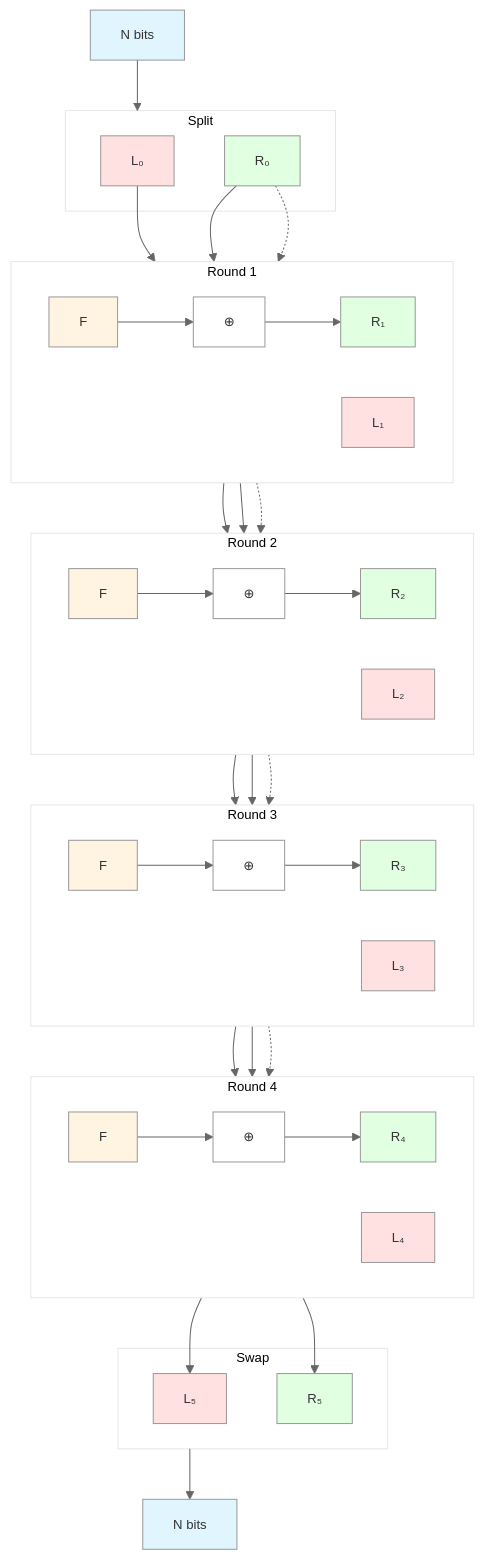
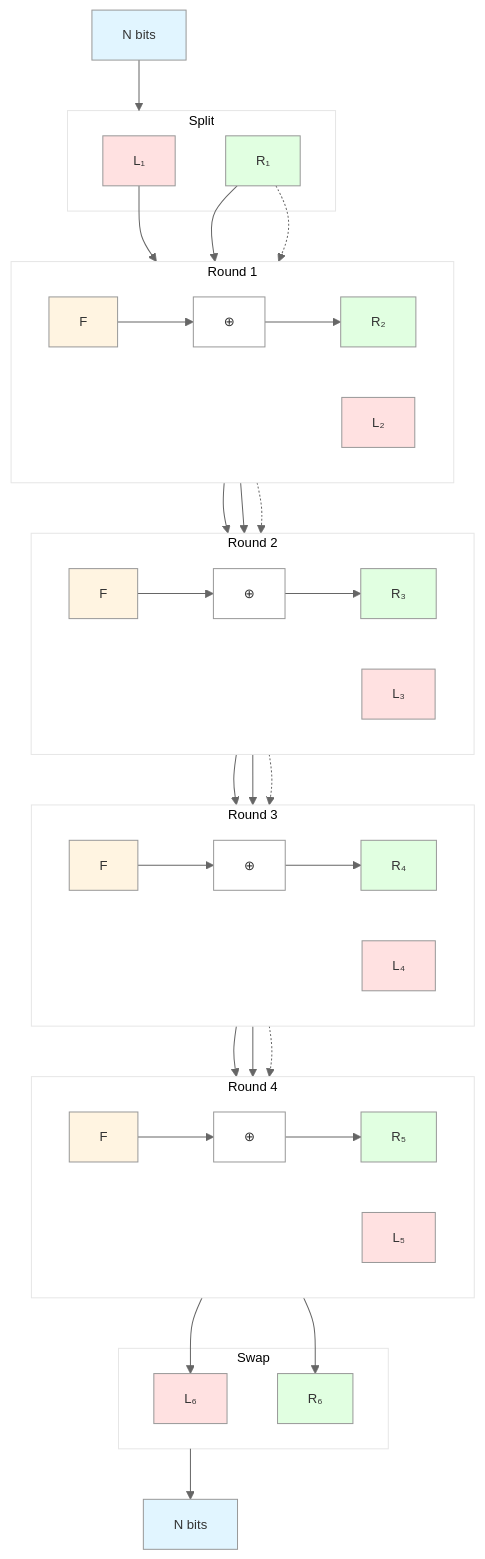
Before and after one commit to devall-org/feistel_cipher: the diagram in assets/feistel-diagram.mmd, drawn with Mermaid. The commit also changed 6 other files, not shown here.

```diff
--- a/assets/feistel-diagram.mmd
+++ b/assets/feistel-diagram.mmd
@@ -1,97 +1,97 @@
 %%{init: {'theme':'base', 'themeVariables': {'fontSize':'13px', 'fontFamily':'arial', 'primaryColor':'#fff', 'primaryBorderColor':'#999', 'lineColor':'#666', 'padding':'8'}}}%%
 flowchart TB
     Input["N bits"]
     
     subgraph s1["Split"]
-        L0["L₀"]
-        R0["R₀"]
+        L1["L₁"]
+        R1["R₁"]
     end
     
     subgraph r1["Round 1"]
         direction LR
         XOR1["⊕"]
         F1["F"]
-        L1["L₁"]
-        R1["R₁"]
+        L2["L₂"]
+        R2["R₂"]
     end
     
     subgraph r2["Round 2"]
         direction LR
         XOR2["⊕"]
         F2["F"]
-        L2["L₂"]
-        R2["R₂"]
+        L3["L₃"]
+        R3["R₃"]
     end
     
     subgraph r3["Round 3"]
         direction LR
         XOR3["⊕"]
         F3["F"]
-        L3["L₃"]
-        R3["R₃"]
+        L4["L₄"]
+        R4["R₄"]
     end
     
     subgraph r4["Round 4"]
         direction LR
         XOR4["⊕"]
         F4["F"]
-        L4["L₄"]
-        R4["R₄"]
+        L5["L₅"]
+        R5["R₅"]
     end
     
     subgraph s2["Swap"]
-        L5["L₅"]
-        R5["R₅"]
+        L6["L₆"]
+        R6["R₆"]
     end
     
     Output["N bits"]
     
     Input --> s1
     
-    L0 --> XOR1
-    R0 --> F1
-    R0 -.-> L1
+    L1 --> XOR1
+    R1 --> F1
+    R1 -.-> L2
     F1 --> XOR1
-    XOR1 --> R1
+    XOR1 --> R2
     
-    L1 --> XOR2
-    R1 --> F2
-    R1 -.-> L2
+    L2 --> XOR2
+    R2 --> F2
+    R2 -.-> L3
     F2 --> XOR2
-    XOR2 --> R2
+    XOR2 --> R3
     
-    L2 --> XOR3
-    R2 --> F3
-    R2 -.-> L3
+    L3 --> XOR3
+    R3 --> F3
+    R3 -.-> L4
     F3 --> XOR3
-    XOR3 --> R3
+    XOR3 --> R4
     
-    L3 --> XOR4
-    R3 --> F4
-    R3 -.-> L4
+    L4 --> XOR4
+    R4 --> F4
+    R4 -.-> L5
     F4 --> XOR4
-    XOR4 --> R4
+    XOR4 --> R5
     
-    L4 --> R5
-    R4 --> L5
+    L5 --> R6
+    R5 --> L6
     
     s2 --> Output
     
     style Input fill:#e1f5ff
     style Output fill:#e1f5ff
-    style L0 fill:#ffe1e1
-    style R0 fill:#e1ffe1
     style L1 fill:#ffe1e1
     style R1 fill:#e1ffe1
     style L2 fill:#ffe1e1
     style R2 fill:#e1ffe1
     style L3 fill:#ffe1e1
     style R3 fill:#e1ffe1
     style L4 fill:#ffe1e1
     style R4 fill:#e1ffe1
     style L5 fill:#ffe1e1
     style R5 fill:#e1ffe1
+    style L6 fill:#ffe1e1
+    style R6 fill:#e1ffe1
     style F1 fill:#fff4e1
     style F2 fill:#fff4e1
     style F3 fill:#fff4e1
     style F4 fill:#fff4e1
```
